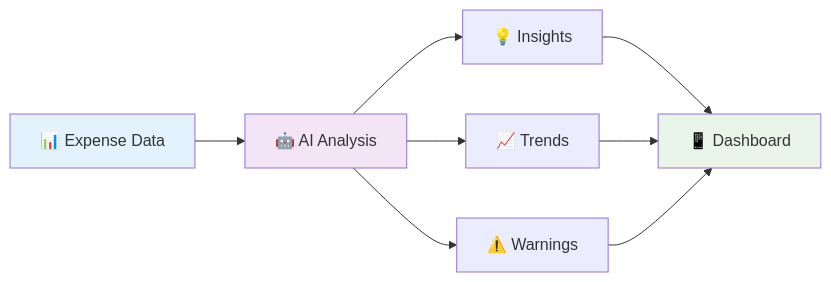
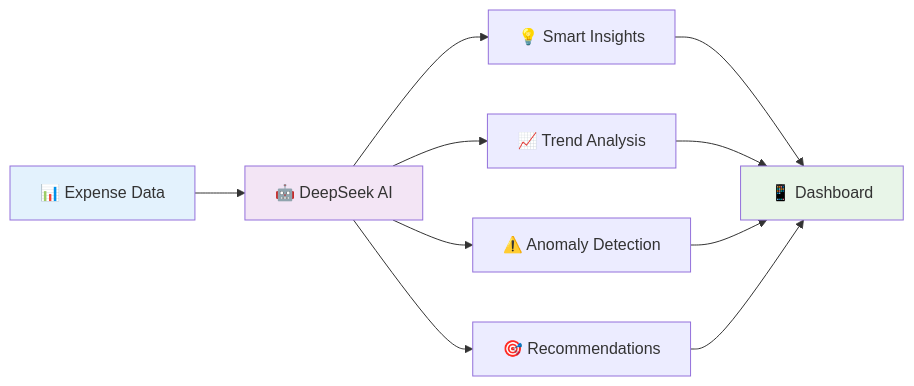
Before and after one commit to riteshsmalviya/expense-tracker: the third of 3 diagrams in README.md, drawn with Mermaid. The commit also changed other lines of this file, not shown here.

````diff
--- a/README.md
+++ b/README.md
@@ -188,15 +352,17 @@
 ```mermaid
 graph LR
-    A[📊 Expense Data] --> B[🤖 AI Analysis]
-    B --> C[💡 Insights]
-    B --> D[📈 Trends]
-    B --> E[⚠️ Warnings]
+    A[📊 Expense Data] --> B[🤖 DeepSeek AI]
+    B --> C[💡 Smart Insights]
+    B --> D[📈 Trend Analysis]
+    B --> E[⚠️ Anomaly Detection]
+    B --> F[🎯 Recommendations]
     
-    C --> F[📱 Dashboard]
-    D --> F
-    E --> F
+    C --> G[📱 Dashboard]
+    D --> G
+    E --> G
+    F --> G
     
     style A fill:#e3f2fd
     style B fill:#f3e5f5
-    style F fill:#e8f5e8
+    style G fill:#e8f5e8
 ```
````
